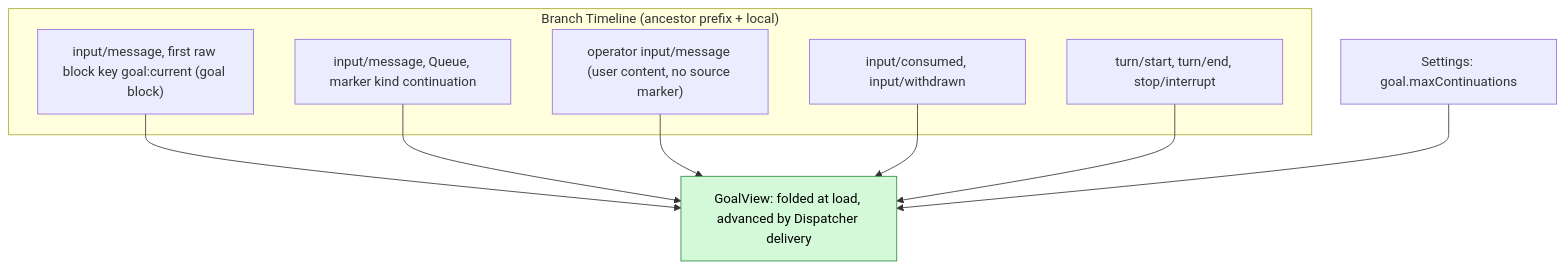
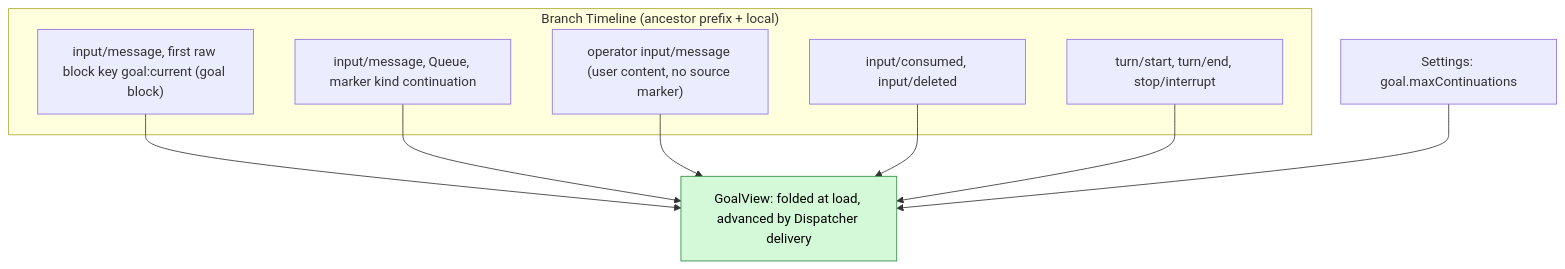
Before and after one commit to CoutinhoTTS/dim-agent: the second of 6 diagrams in docs/design/plugins/Goal.md, drawn with Mermaid. The commit also changed other lines of this file and 18 other files, not shown here.

````diff
--- a/docs/design/plugins/Goal.md
+++ b/docs/design/plugins/Goal.md
@@ -47,19 +47,19 @@
 ```mermaid
 flowchart TB
   subgraph TLB["Branch Timeline (ancestor prefix + local)"]
     GBK["input/message, first raw block key goal:current (goal block)"]
     CI["input/message, Queue, marker kind continuation"]
     OI["operator input/message (user content, no source marker)"]
-    IC["input/consumed, input/withdrawn"]
+    IC["input/consumed, input/deleted"]
     TE["turn/start, turn/end, stop/interrupt"]
   end
   CFG["Settings: goal.maxContinuations"]
   VIEW["GoalView: folded at load, advanced by Dispatcher delivery"]:::new
   GBK --> VIEW
   CI --> VIEW
   OI --> VIEW
   IC --> VIEW
   TE --> VIEW
   CFG --> VIEW
   classDef new fill:#d3f9d8,stroke:#2b8a3e,color:#000
 ```
````
